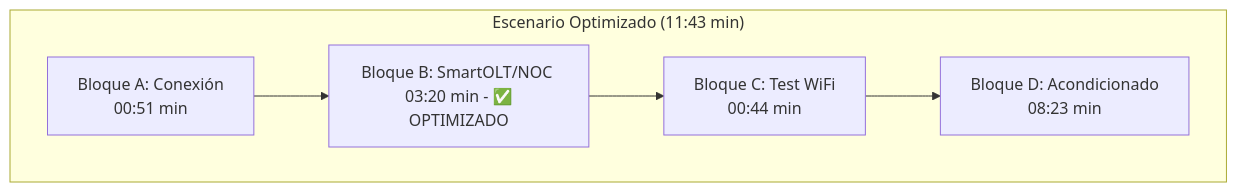
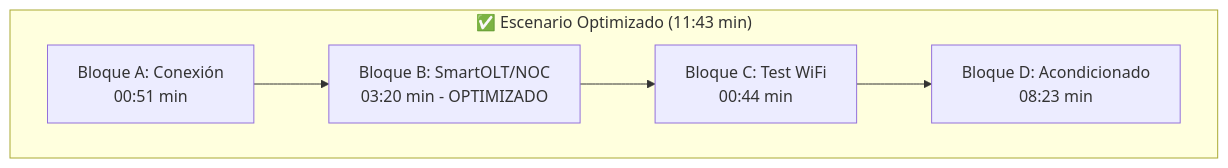
Before and after one commit to elingenierok/procedimientos-isp: the second of 2 diagrams in docs/diagnosticos/DG-EQU-001.md, drawn with Mermaid. The commit also changed other lines of this file, not shown here.

Commit message:
Update flowchart scenarios with new labels

````diff
--- a/docs/diagnosticos/DG-EQU-001.md
+++ b/docs/diagnosticos/DG-EQU-001.md
@@ -52,8 +52,8 @@
 ```mermaid
 graph TD
-    subgraph DESPUES ["Escenario Optimizado (11:43 min)"]
-        B1[Bloque A: Conexión <br/> 00:51 min] --> B2[Bloque B: SmartOLT/NOC <br/> 03:20 min - ✅ OPTIMIZADO]
+    subgraph DESPUES ["✅ Escenario Optimizado (11:43 min)"]
+        B1[Bloque A: Conexión <br/> 00:51 min] --> B2[Bloque B: SmartOLT/NOC <br/> 03:20 min - OPTIMIZADO]
         B2 --> B3[Bloque C: Test WiFi <br/> 00:44 min]
         B3 --> B4[Bloque D: Acondicionado <br/> 08:23 min]
     end
 ```
````
